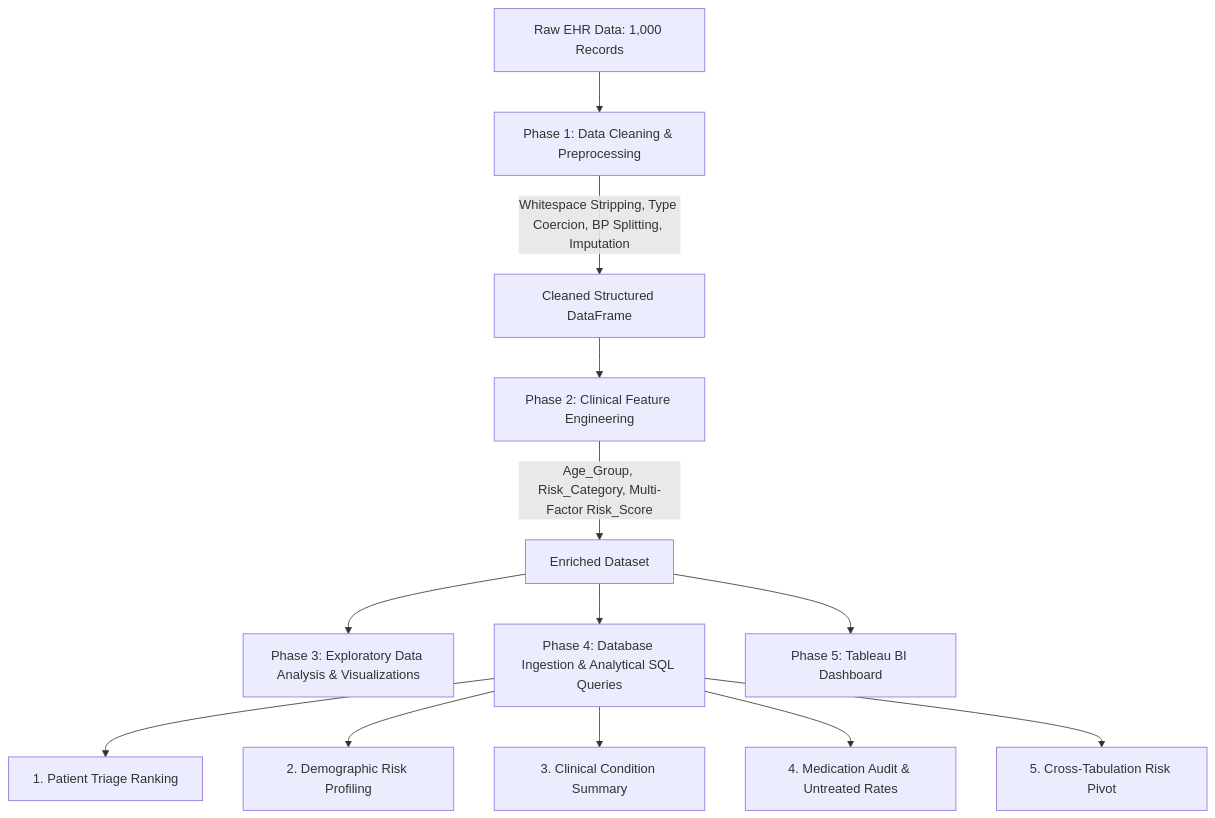
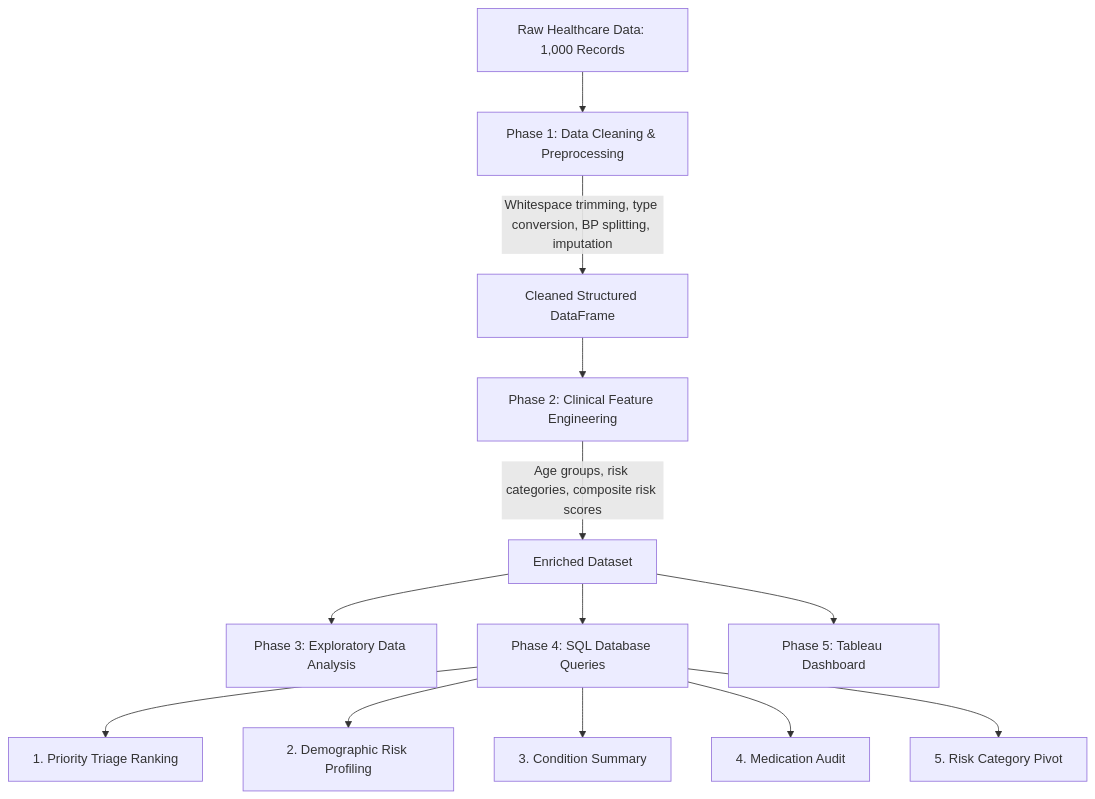
One commit to abdullah-binmadhi/Healthcare-Practice changed the diagram in README.md. Above: the diagram before and after it, drawn with Mermaid. The commit also changed other lines of this file, not shown here.

````diff
--- a/README.md
+++ b/README.md
@@ -54,15 +51,15 @@
 ```mermaid
 flowchart TD
-    A[Raw EHR Data: 1,000 Records] --> B[Phase 1: Data Cleaning & Preprocessing]
-    B -->|Whitespace Stripping, Type Coercion, BP Splitting, Imputation| C[Cleaned Structured DataFrame]
+    A[Raw Healthcare Data: 1,000 Records] --> B[Phase 1: Data Cleaning & Preprocessing]
+    B -->|Whitespace trimming, type conversion, BP splitting, imputation| C[Cleaned Structured DataFrame]
     C --> D[Phase 2: Clinical Feature Engineering]
-    D -->|Age_Group, Risk_Category, Multi-Factor Risk_Score| E[Enriched Dataset]
-    E --> F[Phase 3: Exploratory Data Analysis & Visualizations]
-    E --> G[Phase 4: Database Ingestion & Analytical SQL Queries]
-    E --> H[Phase 5: Tableau BI Dashboard]
-    G --> I[1. Patient Triage Ranking]
+    D -->|Age groups, risk categories, composite risk scores| E[Enriched Dataset]
+    E --> F[Phase 3: Exploratory Data Analysis]
+    E --> G[Phase 4: SQL Database Queries]
+    E --> H[Phase 5: Tableau Dashboard]
+    G --> I[1. Priority Triage Ranking]
     G --> J[2. Demographic Risk Profiling]
-    G --> K[3. Clinical Condition Summary]
-    G --> L[4. Medication Audit & Untreated Rates]
-    G --> M[5. Cross-Tabulation Risk Pivot]
+    G --> K[3. Condition Summary]
+    G --> L[4. Medication Audit]
+    G --> M[5. Risk Category Pivot]
 ```
````
